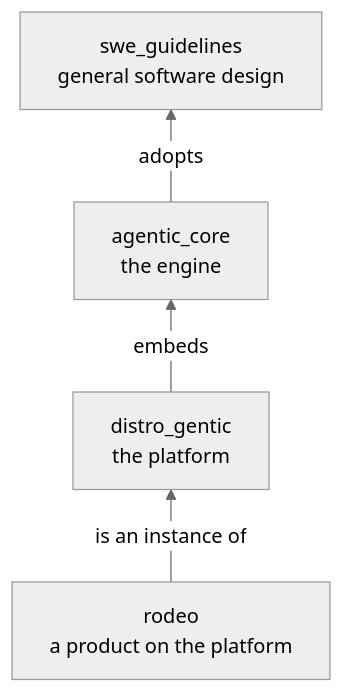
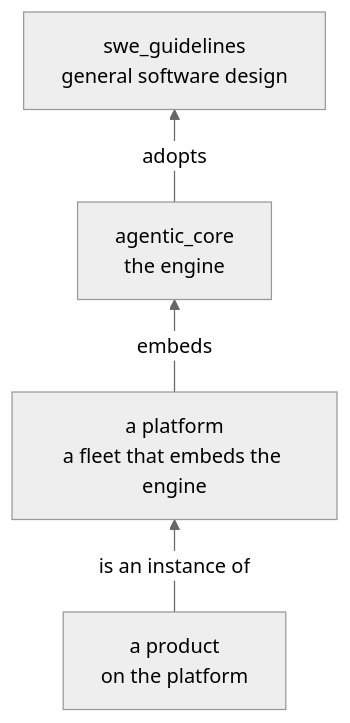
The first of 6 diagrams in agentic_core_spec.md (baristaze/agentic_core), drawn with Mermaid (neutral theme) before and after one commit. The commit also changed other lines of this file, not shown here.

First line of the commit message:
The spec names the layers above the engine only in its Next section (#65)

````diff
--- a/agentic_core_spec.md
+++ b/agentic_core_spec.md
@@ -112,10 +111,10 @@
 ```mermaid
 flowchart BT
     G["swe_guidelines<br/>general software design"]
     C["agentic_core<br/>the engine"]
-    D["distro_gentic<br/>the platform"]
-    R["rodeo<br/>a product on the platform"]
+    D["a platform<br/>a fleet that embeds the engine"]
+    R["a product<br/>on the platform"]
     C -->|adopts| G
     D -->|embeds| C
     R -->|is an instance of| D
 ```
````
